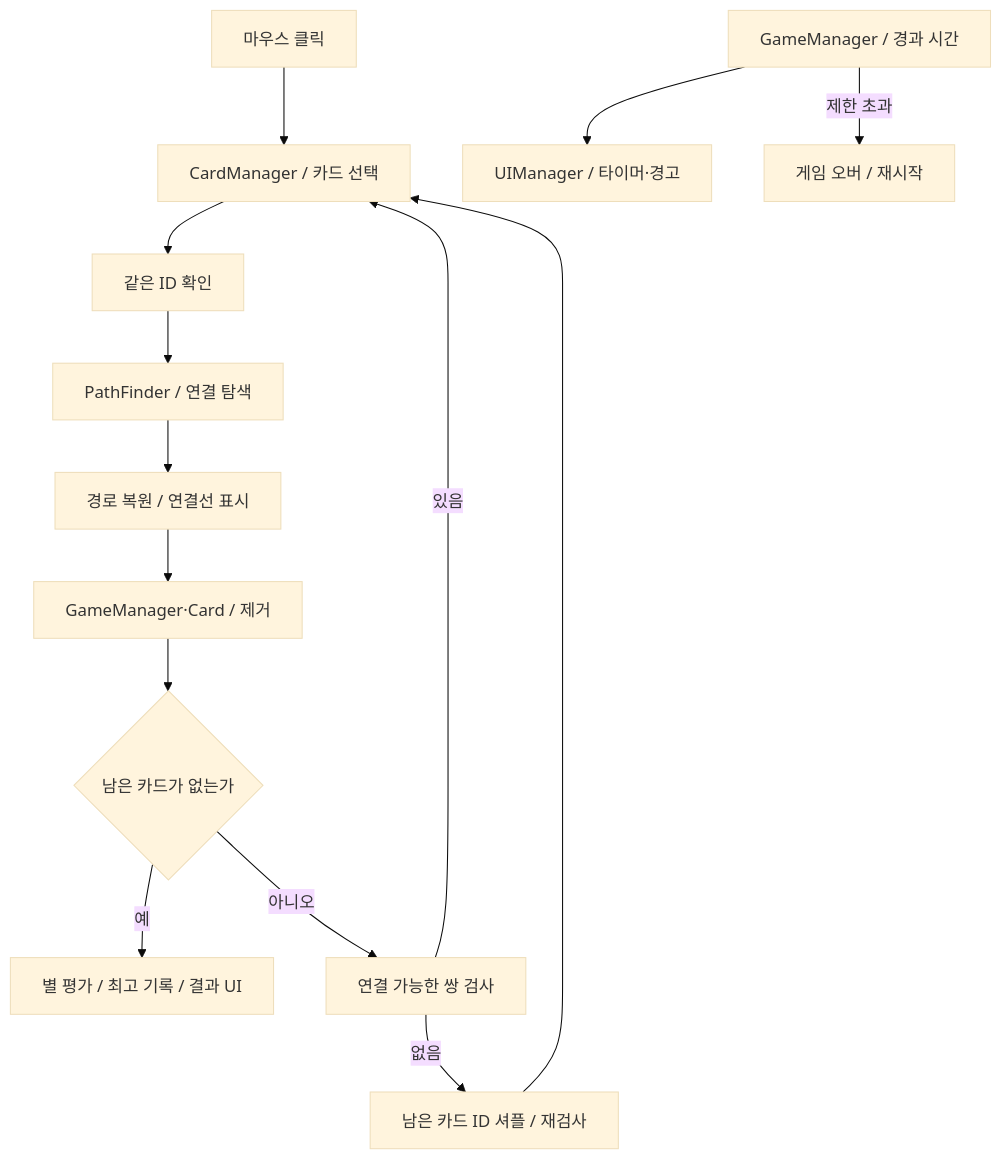
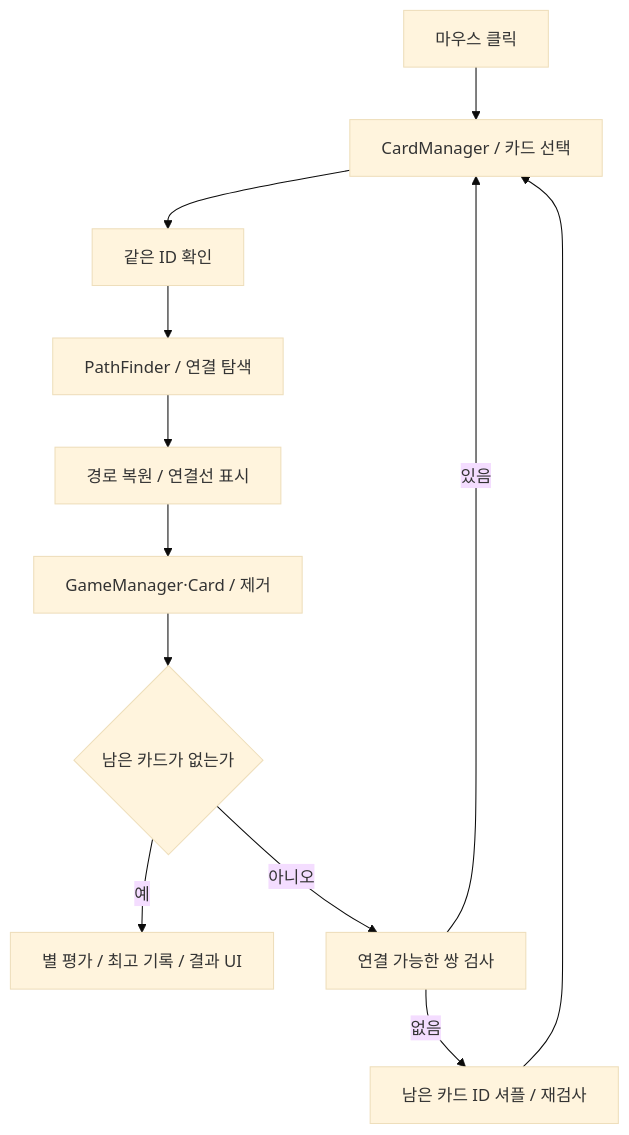
The first of 2 diagrams in src/1-SichuanSung/TechDoc_SichuanSung.md (keeeery/portfolio), drawn with Mermaid (base theme) before and after one commit. The commit also changed other lines of this file and 3 other files, not shown here.

````diff
--- a/src/1-SichuanSung/TechDoc_SichuanSung.md
+++ b/src/1-SichuanSung/TechDoc_SichuanSung.md
@@ -67,16 +62,14 @@
 ```mermaid
 flowchart TB
     Input[마우스 클릭] --> Select[CardManager / 카드 선택]
     Select --> Match[같은 ID 확인]
     Match --> Path[PathFinder / 연결 탐색]
     Path --> Line[경로 복원 / 연결선 표시]
     Line --> Remove[GameManager·Card / 제거]
     Remove --> Clear{남은 카드가 없는가}
     Clear -->|예| Result[별 평가 / 최고 기록 / 결과 UI]
     Clear -->|아니오| Deadlock[연결 가능한 쌍 검사]
     Deadlock -->|없음| Shuffle[남은 카드 ID 셔플 / 재검사]
     Shuffle --> Select
     Deadlock -->|있음| Select
-    Game[GameManager / 경과 시간] --> UI[UIManager / 타이머·경고]
-    Game -->|제한 초과| Over[게임 오버 / 재시작]
 ```
````
